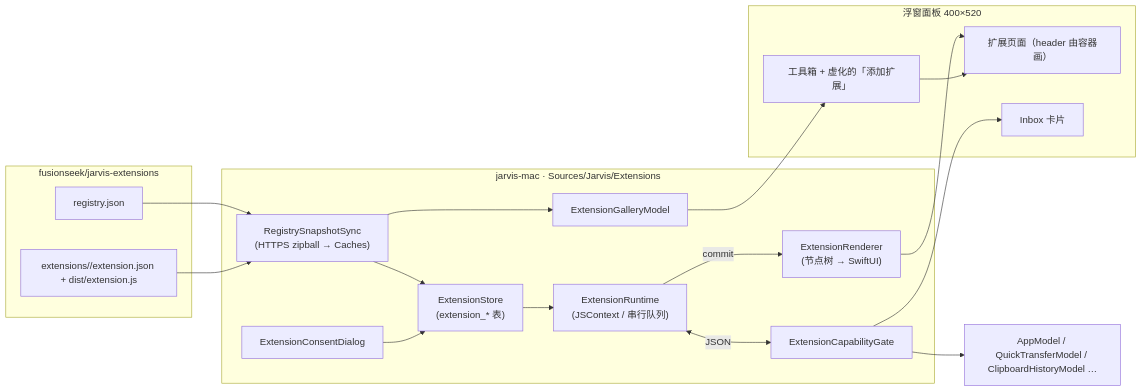
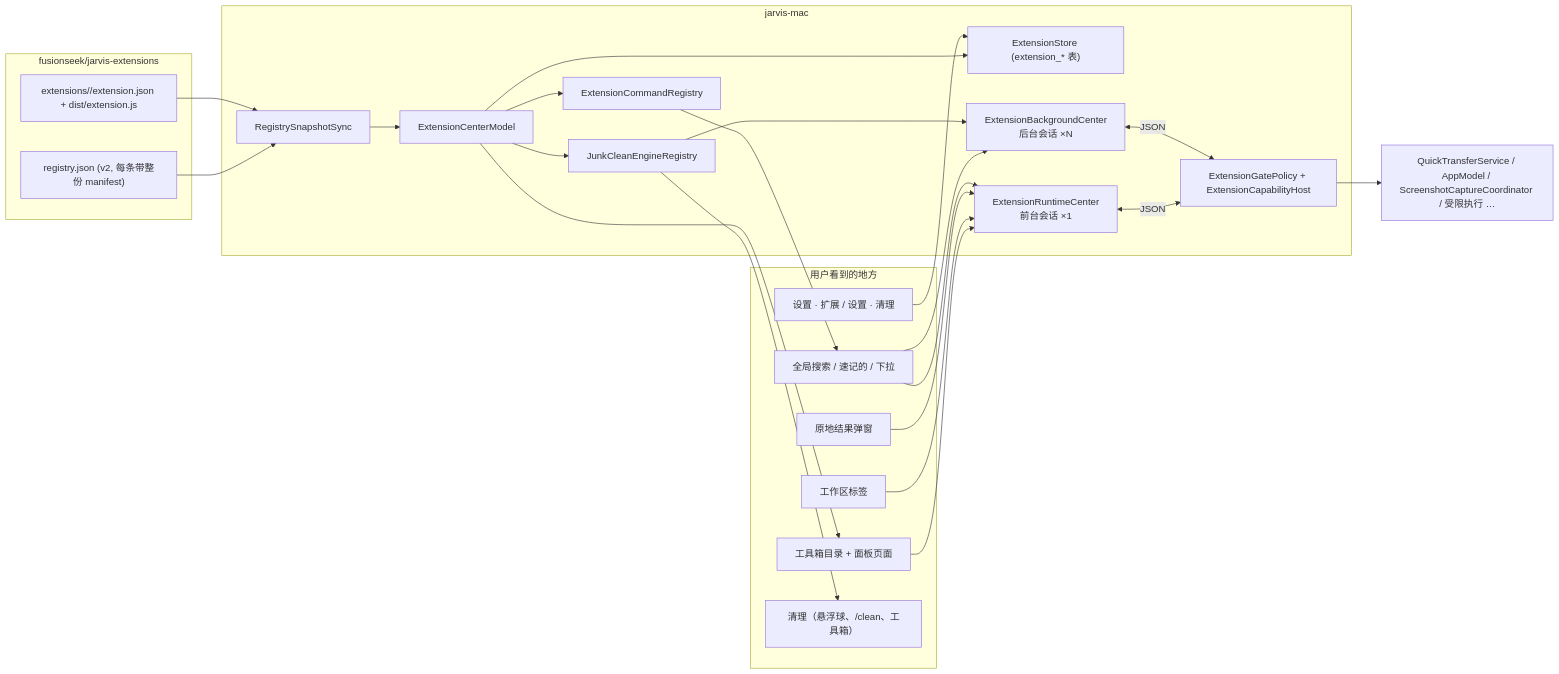
The first of 4 diagrams in docs/02-architecture.md (fusionseek/jarvis-extensions), drawn with Mermaid before and after one commit. The commit also changed other lines of this file and 87 other files, not shown here.

First line of the commit message:
feat(schema): move extensions to manifest v2 domains and SDK 2

````diff
--- a/docs/02-architecture.md
+++ b/docs/02-architecture.md
@@ -19,30 +18,41 @@
 ```mermaid
 flowchart LR
     subgraph Repo["fusionseek/jarvis-extensions"]
-        Reg["registry.json"]
+        Reg["registry.json (v2, 每条带整份 manifest)"]
         Ext["extensions/<id>/extension.json + dist/extension.js"]
     end
-    subgraph Host["jarvis-mac · Sources/Jarvis/Extensions"]
-        Snap["RegistrySnapshotSync\n(HTTPS zipball → Caches)"]
-        Gallery["ExtensionGalleryModel"]
-        Installs["ExtensionStore\n(extension_* 表)"]
-        Runtime["ExtensionRuntime\n(JSContext / 串行队列)"]
-        Gate["ExtensionCapabilityGate"]
-        Renderer["ExtensionRenderer\n(节点树 → SwiftUI)"]
-        Consent["ExtensionConsentDialog"]
+    subgraph Host["jarvis-mac"]
+        Snap["RegistrySnapshotSync"]
+        Center["ExtensionCenterModel"]
+        Store["ExtensionStore (extension_* 表)"]
+        Fore["ExtensionRuntimeCenter\n前台会话 ×1"]
+        Back["ExtensionBackgroundCenter\n后台会话 ×N"]
+        Gate["ExtensionGatePolicy + ExtensionCapabilityHost"]
+        Cmd["ExtensionCommandRegistry"]
+        Engines["JunkCleanEngineRegistry"]
     end
-    subgraph Panel["浮窗面板 400×520"]
-        Toolbox["工具箱 + 虚化的「添加扩展」"]
-        Screen["扩展页面（header 由容器画）"]
-        Inbox["Inbox 卡片"]
+    subgraph Surfaces["用户看到的地方"]
+        Toolbox["工具箱目录 + 面板页面"]
+        Window["工作区标签"]
+        Popover["原地结果弹窗"]
+        Slash["全局搜索 / 速记的 / 下拉"]
+        Settings["设置 · 扩展 / 设置 · 清理"]
+        Clean["清理（悬浮球、/clean、工具箱）"]
     end
-    Reg --> Snap --> Gallery --> Toolbox
-    Ext --> Snap --> Installs
-    Installs --> Runtime
-    Runtime <-->|JSON| Gate
-    Gate --> AppModel["AppModel / QuickTransferModel / ClipboardHistoryModel …"]
-    Runtime -->|commit| Renderer --> Screen
-    Toolbox --> Screen
-    Consent --> Installs
-    Gate --> Inbox
+    Reg --> Snap --> Center
+    Ext --> Snap
+    Center --> Store
+    Center --> Cmd --> Slash
+    Center --> Engines --> Clean
+    Center --> Toolbox
+    Toolbox --> Fore
+    Window --> Fore
+    Popover --> Fore
+    Slash --> Fore
+    Slash --> Back
+    Engines --> Back
+    Fore <-->|JSON| Gate
+    Back <-->|JSON| Gate
+    Gate --> Existing["QuickTransferService / AppModel / ScreenshotCaptureCoordinator / 受限执行 …"]
+    Settings --> Store
 ```
````
